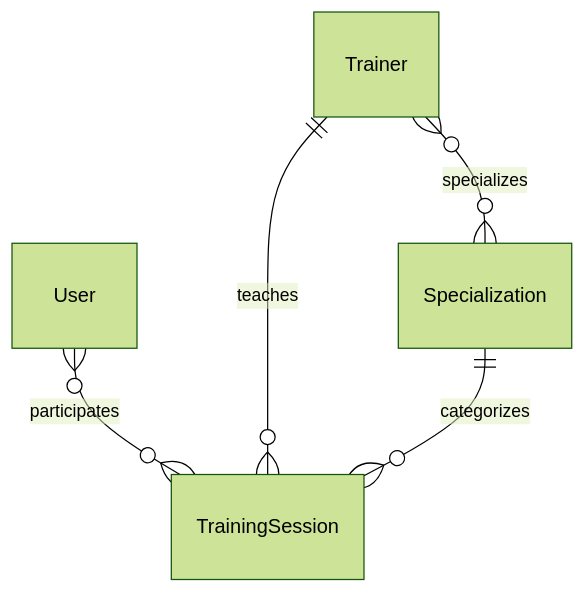
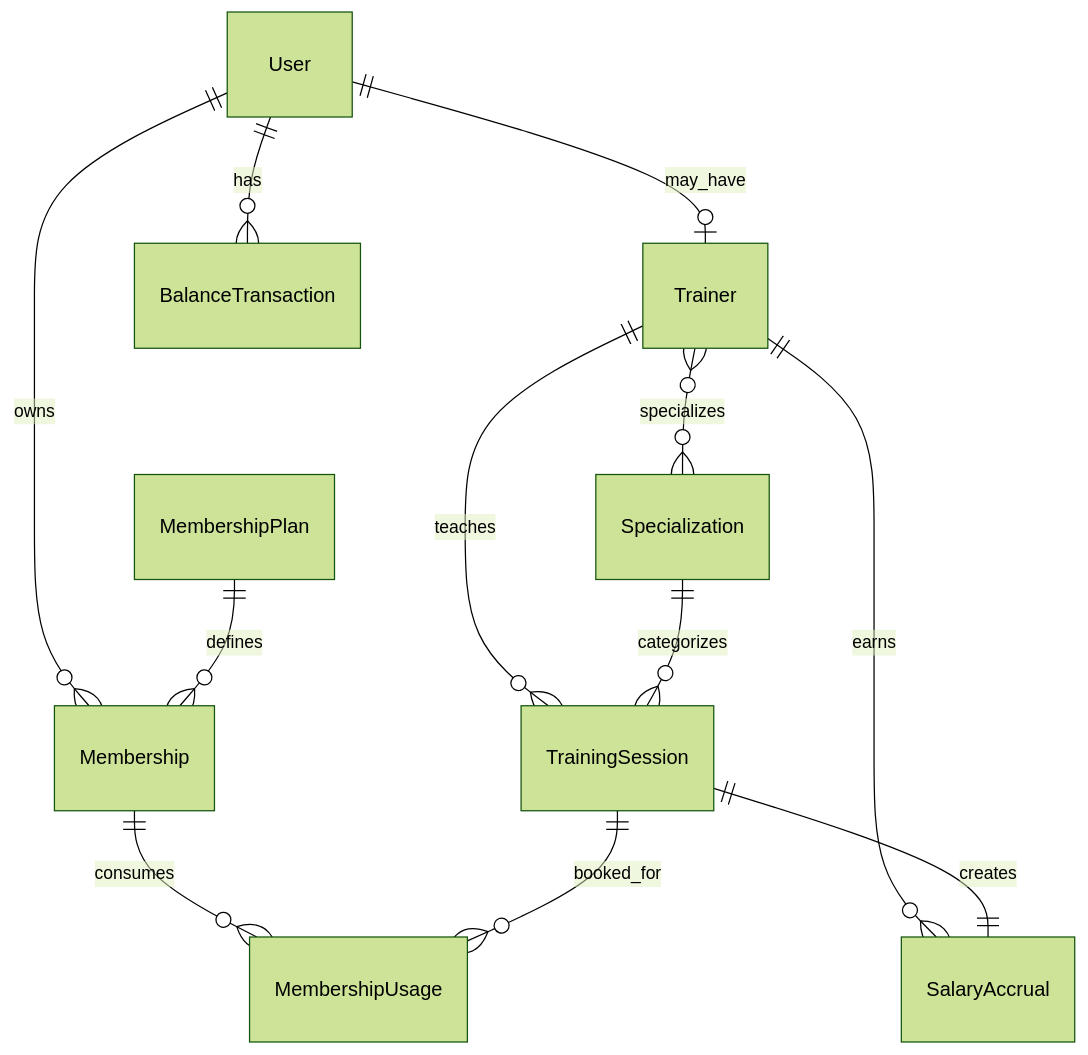
One commit to RoboStorePL/trainmate changed the diagram in README.md. Above: the diagram before and after it, drawn with Mermaid (forest theme). The commit also changed other lines of this file and 1 other file, not shown here.

````diff
--- a/README.md
+++ b/README.md
@@ -58,7 +109,14 @@
 ```mermaid
 erDiagram
-    User }o--o{ TrainingSession : participates
+    User ||--o| Trainer : may_have
     Trainer ||--o{ TrainingSession : teaches
     Specialization ||--o{ TrainingSession : categorizes
     Trainer }o--o{ Specialization : specializes
+    User ||--o{ Membership : owns
+    MembershipPlan ||--o{ Membership : defines
+    Membership ||--o{ MembershipUsage : consumes
+    TrainingSession ||--o{ MembershipUsage : booked_for
+    User ||--o{ BalanceTransaction : has
+    Trainer ||--o{ SalaryAccrual : earns
+    TrainingSession ||--|| SalaryAccrual : creates
 ```
````
